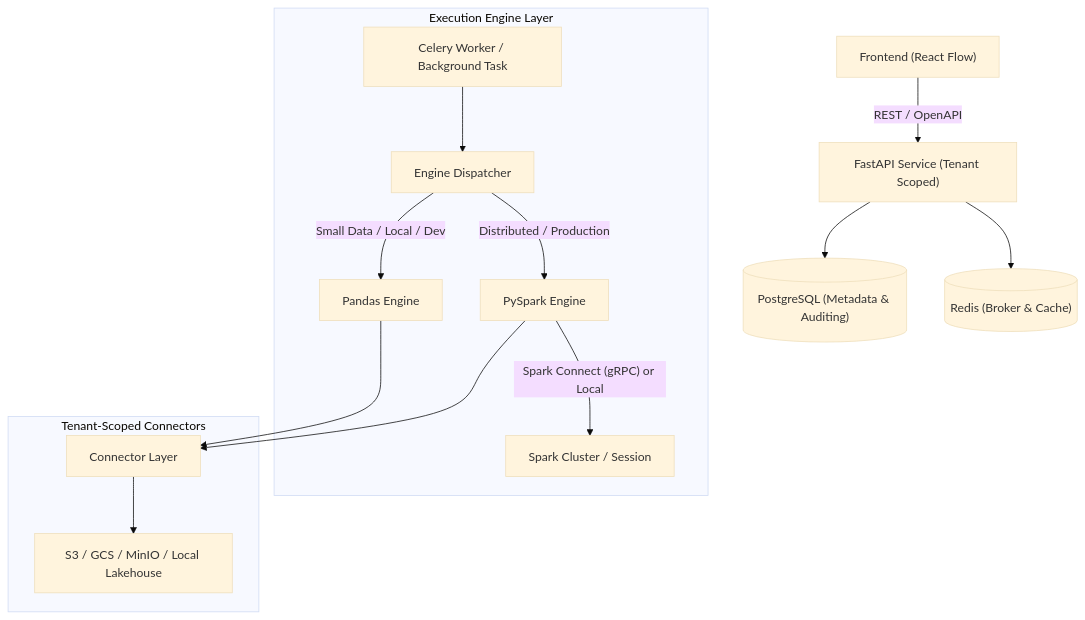
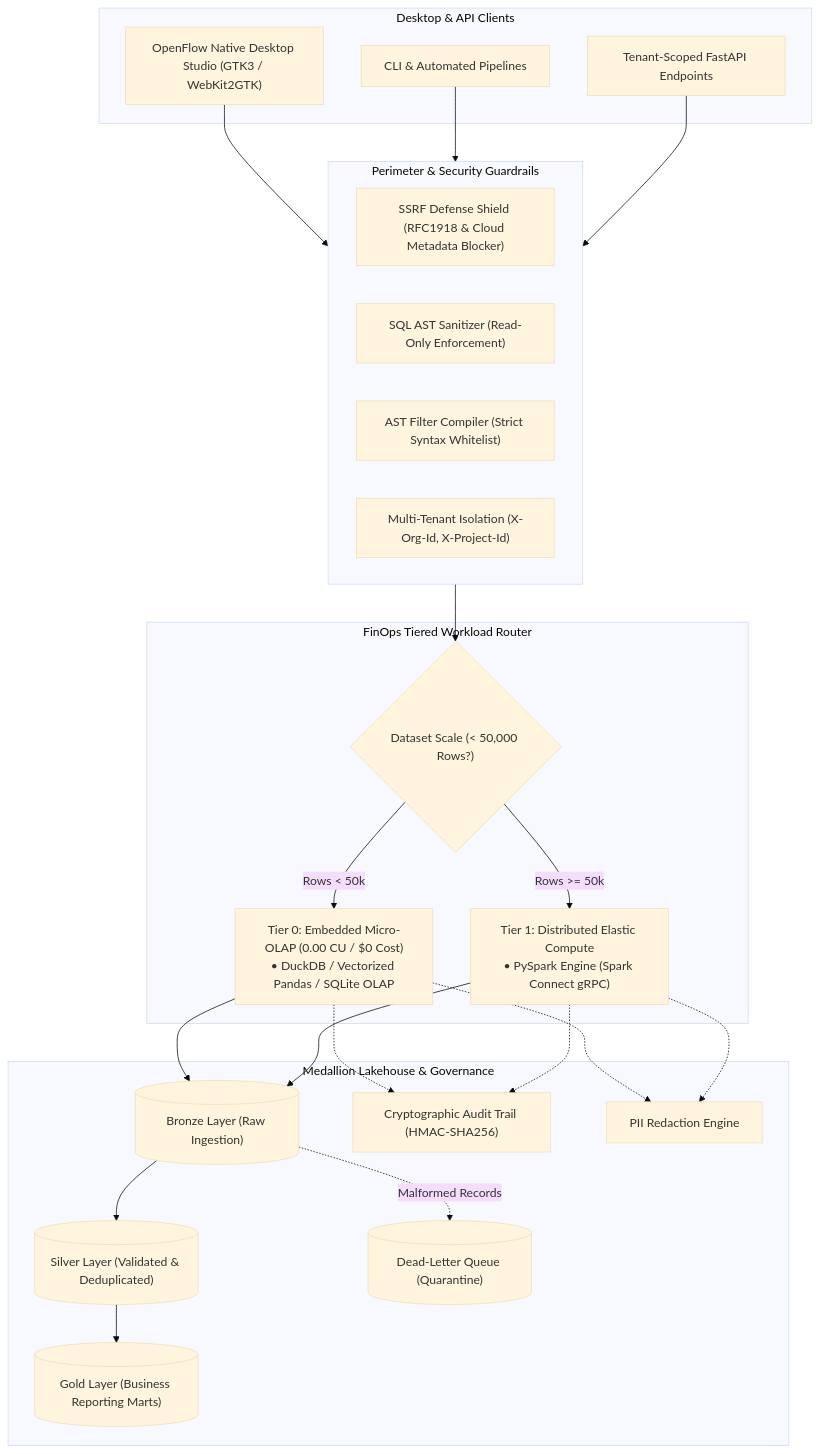
One commit to MorphosML/lightweight_transformations_plataform changed the diagram in README.md. Above: the diagram before and after it, drawn with Mermaid (base theme). The commit also changed other lines of this file and 4 other files, not shown here.

Commit message:
docs: comprehensive update of README and addition of detailed architecture, governance, and UI/analytics guides

````diff
--- a/README.md
+++ b/README.md
@@ -9,19 +15,49 @@
 ```mermaid
 flowchart TD
-    UI["Frontend (React Flow)"] -->|REST / OpenAPI| API["FastAPI Service (Tenant Scoped)"]
-    API --> DB[("PostgreSQL (Metadata & Auditing)")]
-    API --> Redis[("Redis (Broker & Cache)")]
-    
-    subgraph Execution ["Execution Engine Layer"]
-        Worker["Celery Worker / Background Task"] --> EngineRouter["Engine Dispatcher"]
-        EngineRouter -->|"Small Data / Local / Dev"| PandasEngine["Pandas Engine"]
-        EngineRouter -->|"Distributed / Production"| SparkEngine["PySpark Engine"]
-        SparkEngine -->|"Spark Connect (gRPC) or Local"| SparkCluster["Spark Cluster / Session"]
+    subgraph Client ["Desktop & API Clients"]
+        Desktop["OpenFlow Native Desktop Studio (GTK3 / WebKit2GTK)"]
+        CLI["CLI & Automated Pipelines"]
+        REST["Tenant-Scoped FastAPI Endpoints"]
     end
 
-    subgraph Storage ["Tenant-Scoped Connectors"]
-        PandasEngine --> Connectors["Connector Layer"]
-        SparkEngine --> Connectors
-        Connectors --> S3["S3 / GCS / MinIO / Local Lakehouse"]
+    subgraph SecurityShield ["Perimeter & Security Guardrails"]
+        SSRF["SSRF Defense Shield (RFC1918 & Cloud Metadata Blocker)"]
+        SQLSanitizer["SQL AST Sanitizer (Read-Only Enforcement)"]
+        ASTCompiler["AST Filter Compiler (Strict Syntax Whitelist)"]
+        TenantAuth["Multi-Tenant Isolation (X-Org-Id, X-Project-Id)"]
     end
+
+    subgraph FabricCompute ["FinOps Tiered Workload Router"]
+        Router{"Dataset Scale (< 50,000 Rows?)"}
+        Tier0["Tier 0: Embedded Micro-OLAP (0.00 CU / $0 Cost)<br/>• DuckDB / Vectorized Pandas / SQLite OLAP"]
+        Tier1["Tier 1: Distributed Elastic Compute<br/>• PySpark Engine (Spark Connect gRPC)"]
+    end
+
+    subgraph Medallion ["Medallion Lakehouse & Governance"]
+        Bronze[("Bronze Layer (Raw Ingestion)")]
+        Silver[("Silver Layer (Validated & Deduplicated)")]
+        Gold[("Gold Layer (Business Reporting Marts)")]
+        DLQ[("Dead-Letter Queue (Quarantine)")]
+        Audit["Cryptographic Audit Trail (HMAC-SHA256)"]
+        PII["PII Redaction Engine"]
+    end
+
+    Desktop --> SecurityShield
+    CLI --> SecurityShield
+    REST --> SecurityShield
+
+    SecurityShield --> Router
+    Router -->|Rows < 50k| Tier0
+    Router -->|Rows >= 50k| Tier1
+
+    Tier0 --> Bronze
+    Tier1 --> Bronze
+    Bronze --> Silver
+    Silver --> Gold
+    Bronze -.->|Malformed Records| DLQ
+
+    Tier0 -.-> Audit
+    Tier1 -.-> Audit
+    Tier0 -.-> PII
+    Tier1 -.-> PII
 ```
````
